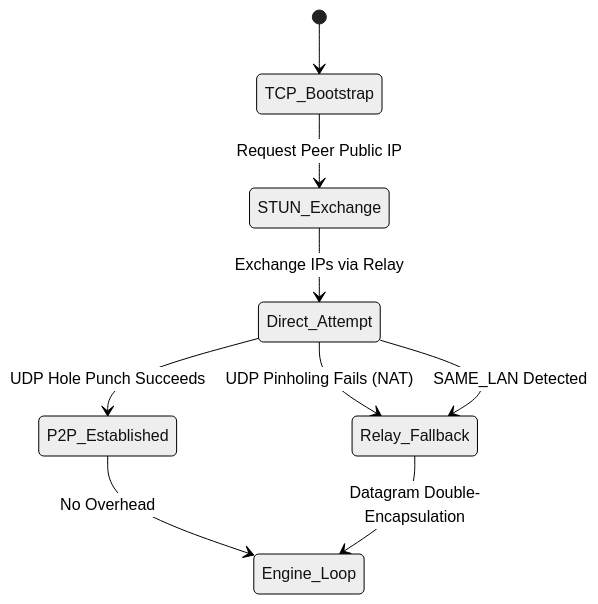
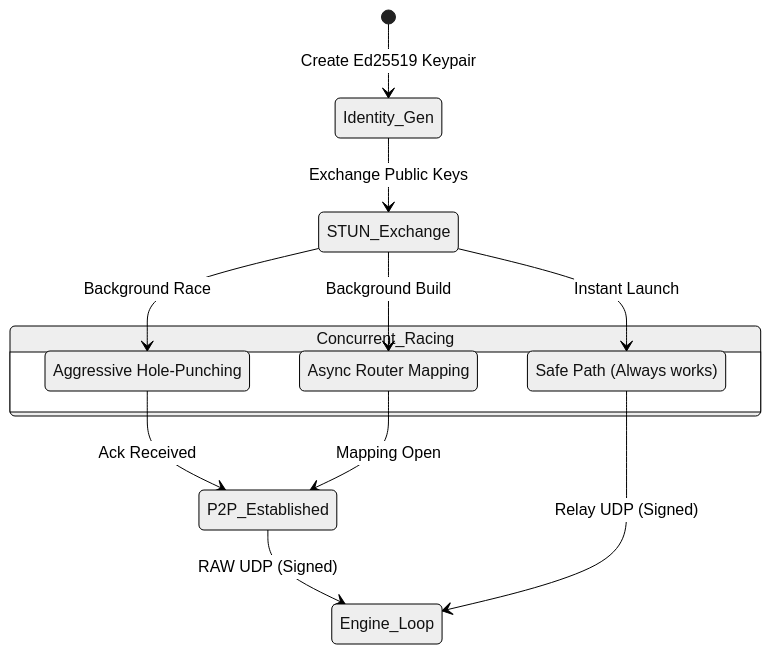
The diagram in README.md (xARSENICx/CrossTerm), drawn with Mermaid (neutral theme) before and after one commit. The commit also changed other lines of this file and 1 other file, not shown here.

Commit message:
docs: update architecture and readme with ed25519 security and p2p racing details

````diff
--- a/README.md
+++ b/README.md
@@ -28,13 +29,21 @@
 ```mermaid
 stateDiagram-v2
-    [*] --> TCP_Bootstrap
-    TCP_Bootstrap --> STUN_Exchange : Request Peer Public IP
-    STUN_Exchange --> Direct_Attempt : Exchange IPs via Relay
+    [*] --> Identity_Gen : Create Ed25519 Keypair
+    Identity_Gen --> STUN_Exchange : Exchange Public Keys
+ 
+    state Concurrent_Racing {
+        Relay_First : Safe Path (Always works)
+        P2P_Punching : Aggressive Hole-Punching
+        UPnP_Map : Async Router Mapping
+    }
 
-    Direct_Attempt --> P2P_Established : UDP Hole Punch Succeeds
-    Direct_Attempt --> Relay_Fallback : UDP Pinholing Fails (NAT)
-    Direct_Attempt --> Relay_Fallback : SAME_LAN Detected
-
-    P2P_Established --> Engine_Loop : No Overhead
-    Relay_Fallback --> Engine_Loop : Datagram Double-Encapsulation
+    STUN_Exchange --> Relay_First : Instant Launch
+    STUN_Exchange --> P2P_Punching : Background Race
+    STUN_Exchange --> UPnP_Map : Background Build
+    
+    P2P_Punching --> P2P_Established : Ack Received
+    UPnP_Map --> P2P_Established : Mapping Open
+    
+    P2P_Established --> Engine_Loop : RAW UDP (Signed)
+    Relay_First --> Engine_Loop : Relay UDP (Signed)
 ```
````
